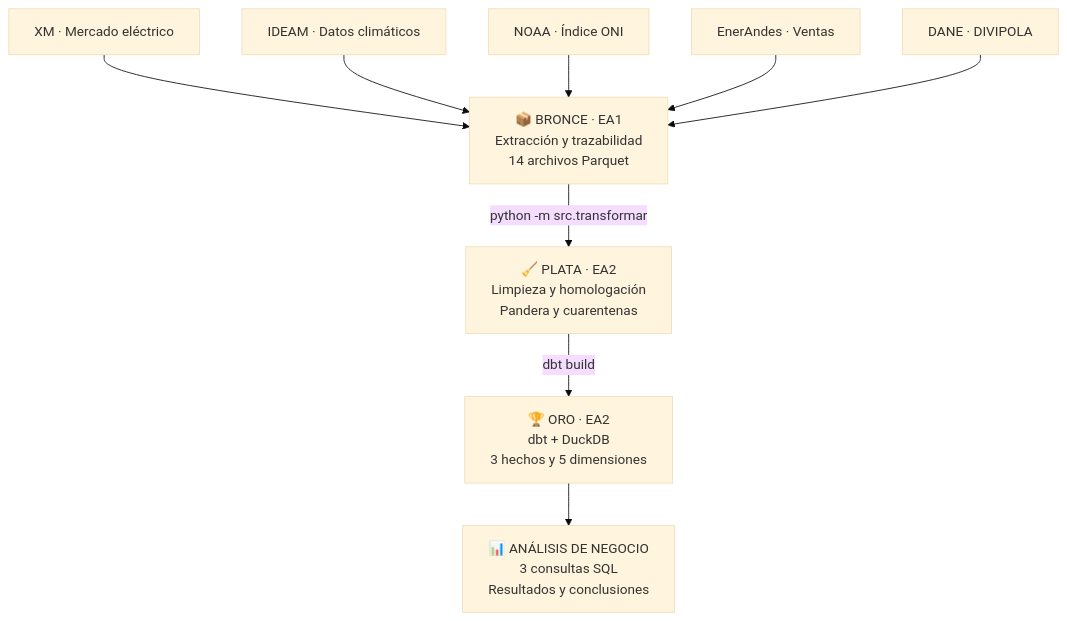
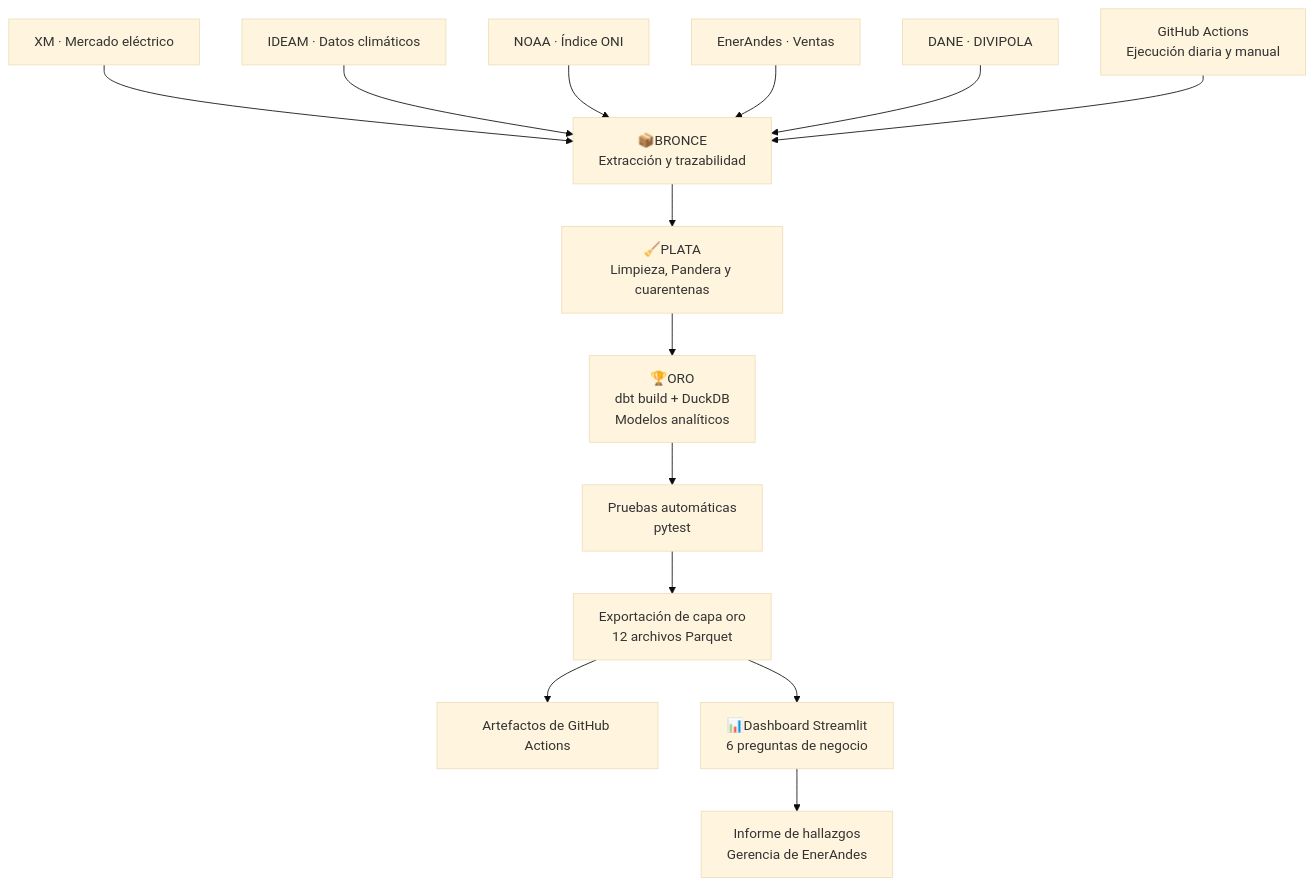
The first of 2 diagrams in README.md (SernaSol/pi4-observatorio-energia-grpo-2), drawn with Mermaid (base theme) before and after one commit. The commit also changed other lines of this file and 11 other files, not shown here.

````diff
--- a/README.md
+++ b/README.md
@@ -42,15 +80,23 @@
 ```mermaid
+
 flowchart TD
     XM["XM · Mercado eléctrico"] --> B
     IDEAM["IDEAM · Datos climáticos"] --> B
     NOAA["NOAA · Índice ONI"] --> B
     ENER["EnerAndes · Ventas"] --> B
     DANE["DANE · DIVIPOLA"] --> B
-    B["📦 BRONCE · EA1<br/>Extracción y trazabilidad<br/>14 archivos Parquet"]
-    P["🧹 PLATA · EA2<br/>Limpieza y homologación<br/>Pandera y cuarentenas"]
-    O["🏆 ORO · EA2<br/>dbt + DuckDB<br/>3 hechos y 5 dimensiones"]
-    Q["📊 ANÁLISIS DE NEGOCIO<br/>3 consultas SQL<br/>Resultados y conclusiones"]
-    B -->|"python -m src.transformar"| P
-    P -->|"dbt build"| O
-    O --> Q
+
+    GA["GitHub Actions<br/>Ejecución diaria y manual"] --> B
+
+    B["📦BRONCE<br/>Extracción y trazabilidad"] --> P
+    P["🧹PLATA<br/>Limpieza, Pandera y cuarentenas"] --> O
+    O["🏆ORO<br/>dbt build + DuckDB<br/>Modelos analíticos"]
+
+    O --> T["Pruebas automáticas<br/>pytest"]
+    T --> E["Exportación de capa oro<br/>12 archivos Parquet"]
+    E --> A["Artefactos de GitHub Actions"]
+
+    E --> D["📊Dashboard Streamlit<br/>6 preguntas de negocio"]
+    D --> I["Informe de hallazgos<br/>Gerencia de EnerAndes"]
+
 ```
````
